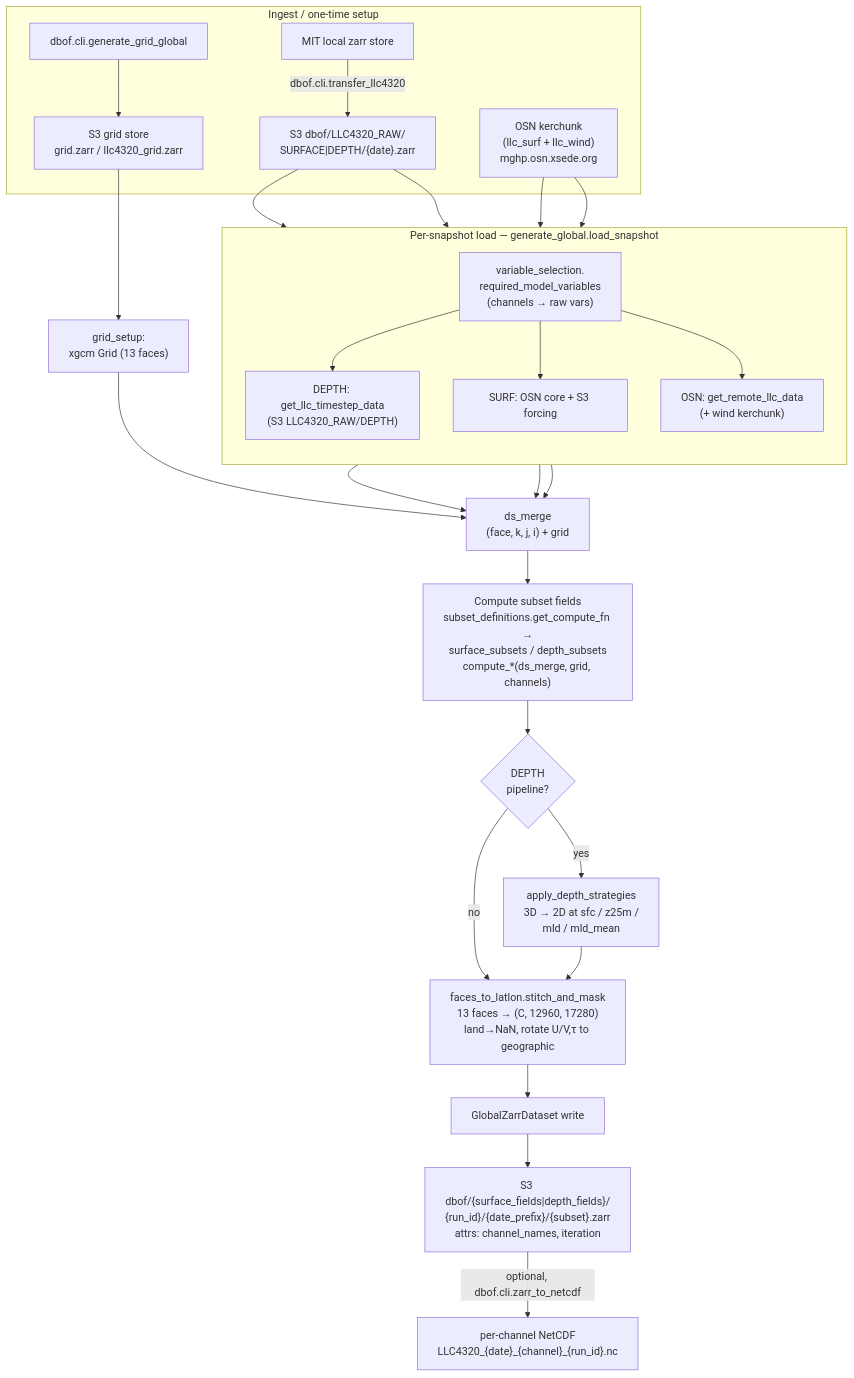
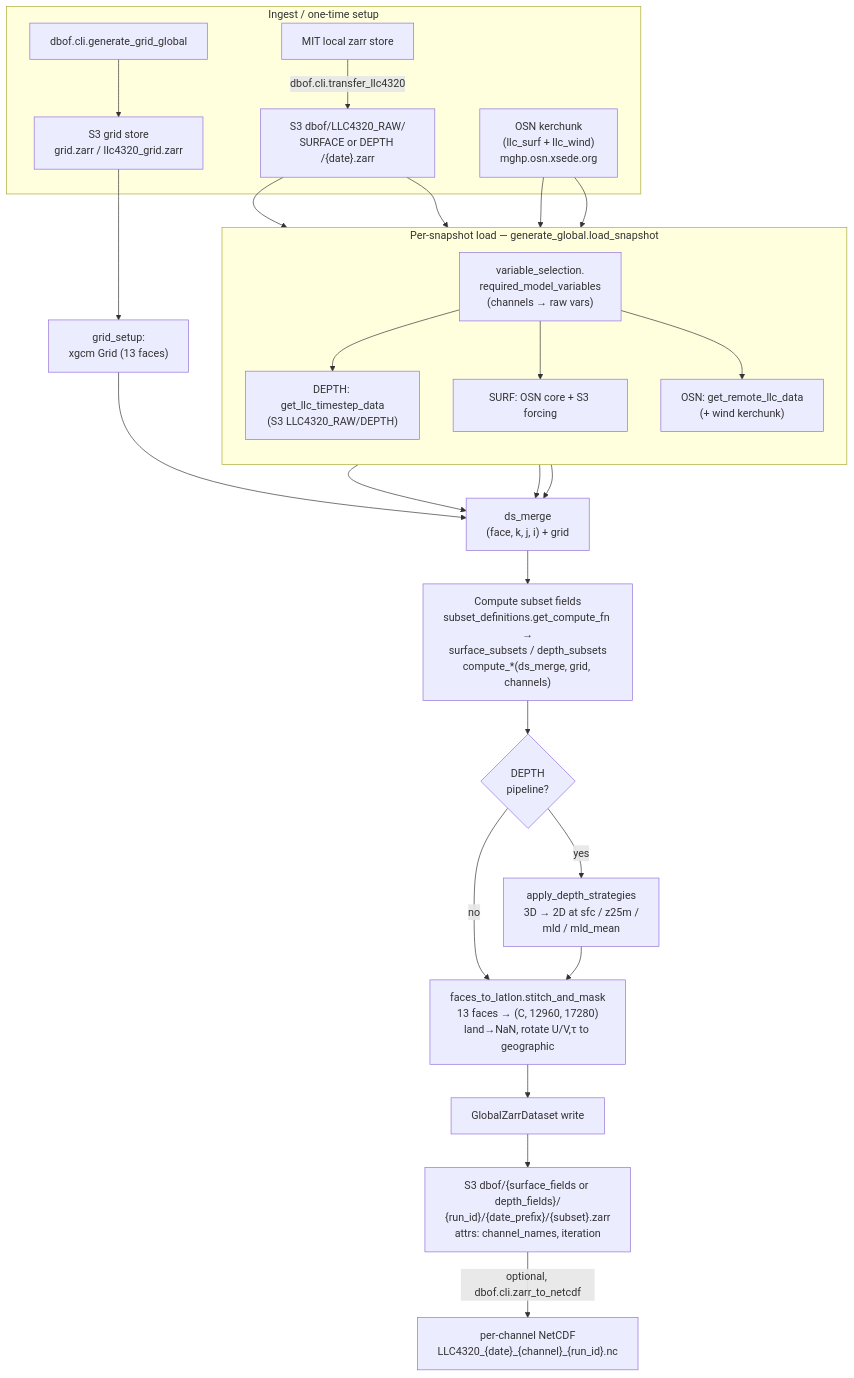
The first of 3 diagrams in docs/mermaid_diagrams.md (Sea-Meets-the-Stars/llc4320-native-grid-preprocessing), drawn with Mermaid before and after one commit. The commit also changed 2 other files, not shown here.

````diff
--- a/docs/mermaid_diagrams.md
+++ b/docs/mermaid_diagrams.md
@@ -34,37 +34,37 @@
 ```mermaid
 flowchart TD
     subgraph INGEST["Ingest / one-time setup"]
         MIT["MIT local zarr store"]
-        MIT -->|"dbof.cli.transfer_llc4320"| RAW["S3 dbof/LLC4320_RAW/<br/>SURFACE|DEPTH/{date}.zarr"]
+        MIT -->|"dbof.cli.transfer_llc4320"| RAW["S3 dbof/LLC4320_RAW/<br/>SURFACE or DEPTH /{date}.zarr"]
         OSN["OSN kerchunk<br/>(llc_surf + llc_wind)<br/>mghp.osn.xsede.org"]
         GRIDGEN["dbof.cli.generate_grid_global"] --> GRIDZ["S3 grid store<br/>grid.zarr / llc4320_grid.zarr"]
     end
 
     subgraph LOAD["Per-snapshot load — generate_global.load_snapshot"]
         direction TB
         SEL["variable_selection.<br/>required_model_variables<br/>(channels → raw vars)"]
         DEPTHL["DEPTH: get_llc_timestep_data<br/>(S3 LLC4320_RAW/DEPTH)"]
         SURFL["SURF: OSN core + S3 forcing"]
         OSNL["OSN: get_remote_llc_data<br/>(+ wind kerchunk)"]
         SEL --> DEPTHL & SURFL & OSNL
     end
 
     RAW --> DEPTHL
     RAW --> SURFL
     OSN --> SURFL
     OSN --> OSNL
     GRIDZ --> GRIDSET["grid_setup:<br/>xgcm Grid (13 faces)"]
 
     DEPTHL & SURFL & OSNL --> MERGE["ds_merge<br/>(face, k, j, i) + grid"]
     GRIDSET --> MERGE
 
     MERGE --> COMPUTE["Compute subset fields<br/>subset_definitions.get_compute_fn →<br/>surface_subsets / depth_subsets<br/>compute_*(ds_merge, grid, channels)"]
     COMPUTE --> DEPTHSTRAT{"DEPTH<br/>pipeline?"}
     DEPTHSTRAT -->|yes| STRAT["apply_depth_strategies<br/>3D → 2D at sfc / z25m /<br/>mld / mld_mean"]
     DEPTHSTRAT -->|no| STITCH
     STRAT --> STITCH["faces_to_latlon.stitch_and_mask<br/>13 faces → (C, 12960, 17280)<br/>land→NaN, rotate U/V,τ to geographic"]
 
     STITCH --> WRITE["GlobalZarrDataset write"]
-    WRITE --> OUT["S3 dbof/{surface_fields|depth_fields}/<br/>{run_id}/{date_prefix}/{subset}.zarr<br/>attrs: channel_names, iteration"]
+    WRITE --> OUT["S3 dbof/{surface_fields or depth_fields}/<br/>{run_id}/{date_prefix}/{subset}.zarr<br/>attrs: channel_names, iteration"]
     OUT -->|"optional, dbof.cli.zarr_to_netcdf"| NC["per-channel NetCDF<br/>LLC4320_{date}_{channel}_{run_id}.nc"]
 ```
````
